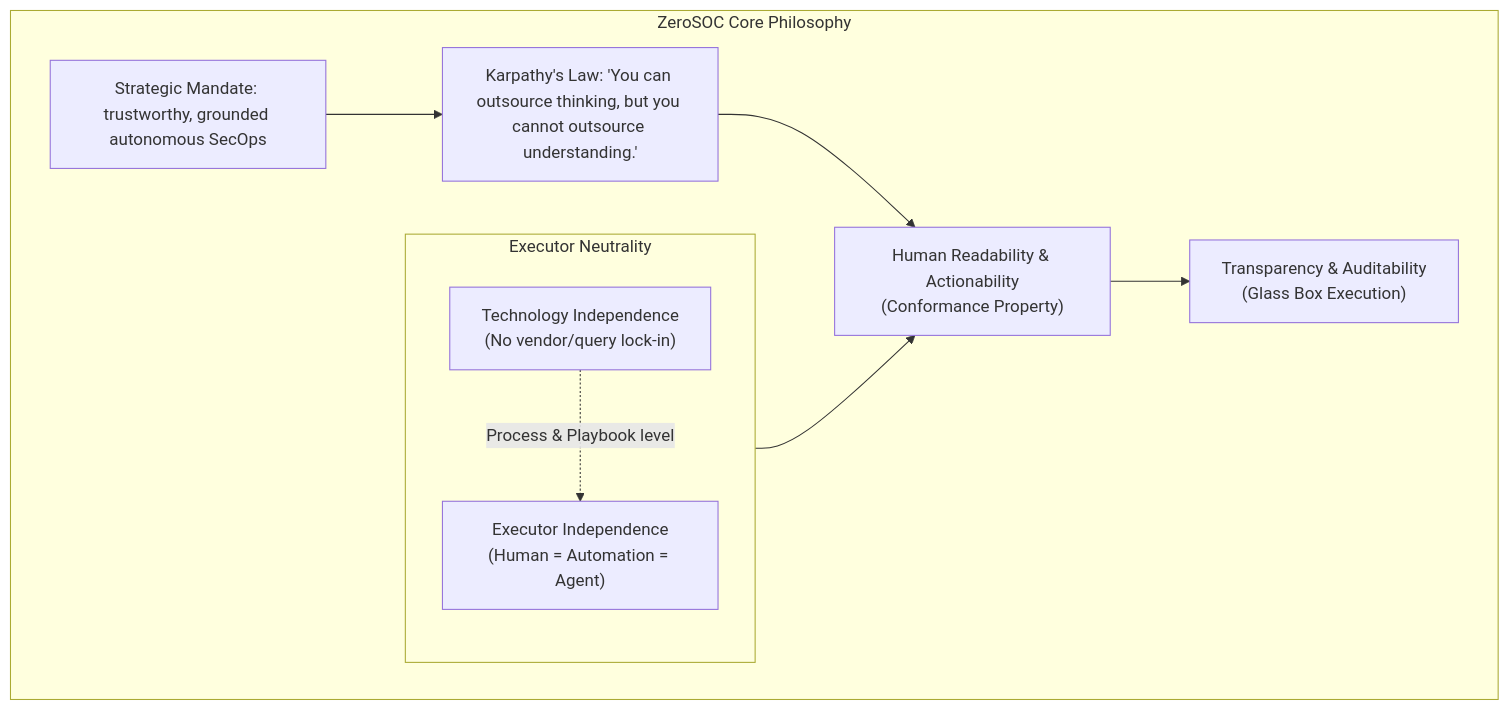
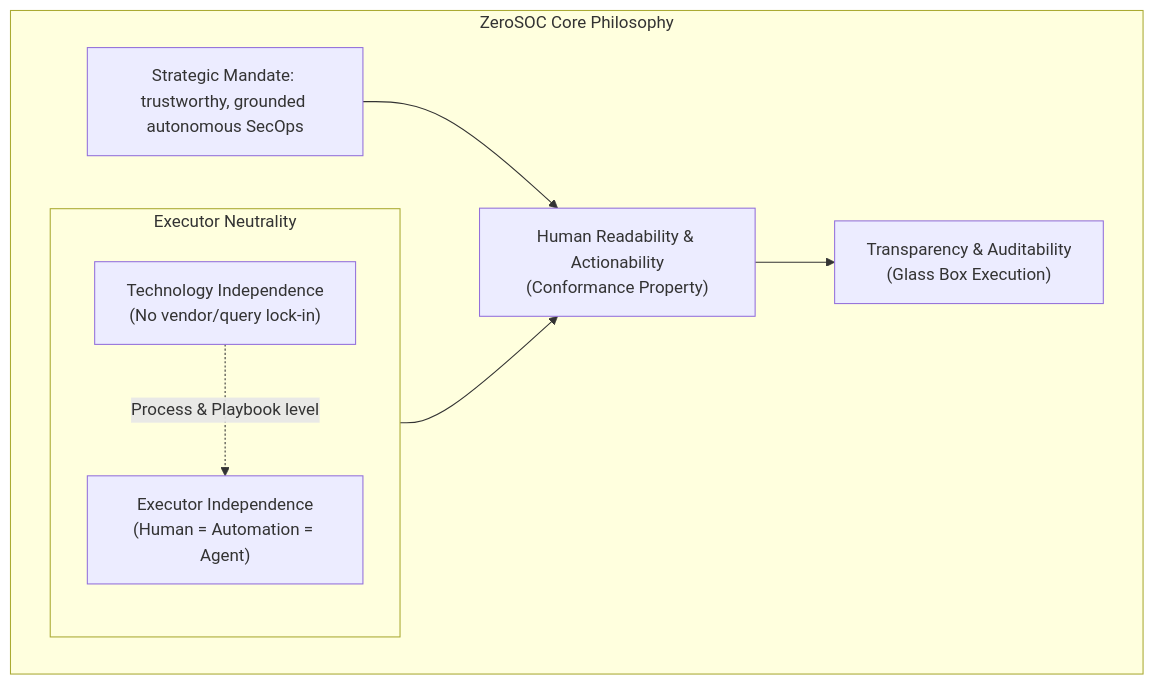
Before and after one commit to ZeroSOC/zerosoc-framework: the first of 3 diagrams in README.md, drawn with Mermaid. The commit also changed other lines of this file, not shown here.

````diff
--- a/README.md
+++ b/README.md
@@ -28,25 +28,23 @@
 ```mermaid
 graph TD
     classDef principal fill:#1b2a47,stroke:#3b5998,stroke-width:2px,color:#fff;
     classDef axis fill:#2d3748,stroke:#4a5568,color:#e2e8f0;
     classDef quote fill:#742a2a,stroke:#9b2c2c,color:#fff;
 
     subgraph Principles ["ZeroSOC Core Philosophy"]
         Mandate["Strategic Mandate: trustworthy, grounded autonomous SecOps"]
-        Karpathy["Karpathy's Law: 'You can outsource thinking, but you cannot outsource understanding.'"]
         
         subgraph Neutrality ["Executor Neutrality"]
             TechAxis["Technology Independence<br>(No vendor/query lock-in)"]
             ExecAxis["Executor Independence<br>(Human = Automation = Agent)"]
         end
 
         Readability["Human Readability & Actionability<br>(Conformance Property)"]
         Transparency["Transparency & Auditability<br>(Glass Box Execution)"]
     end
 
-    Mandate --> Karpathy
-    Karpathy --> Readability
+    Mandate --> Readability
     Readability --> Transparency
     Neutrality --> Readability
     TechAxis -.->|Process & Playbook level| ExecAxis
 ```
````
